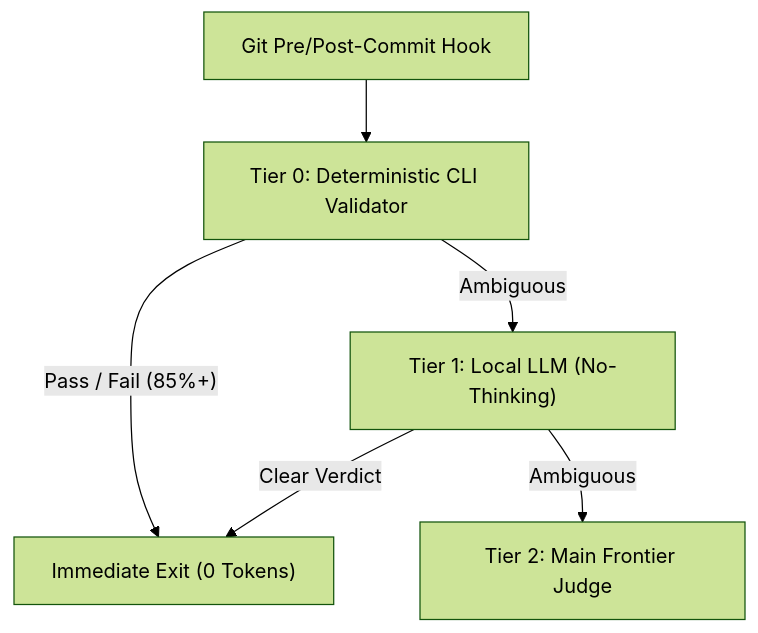
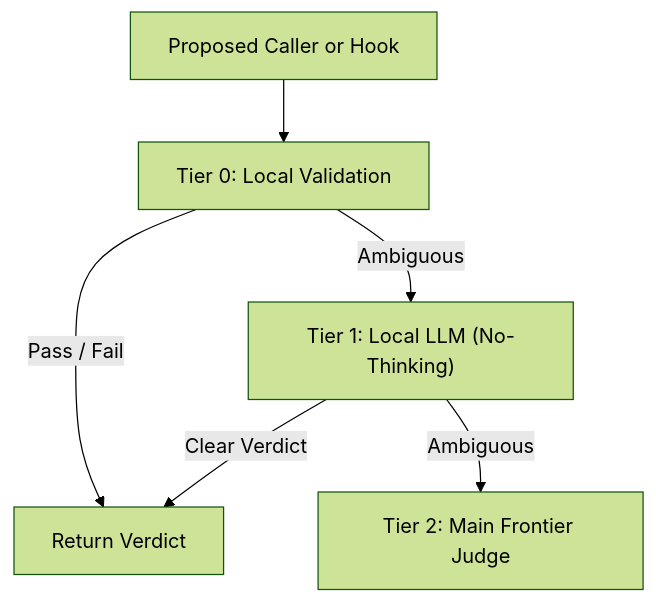
Before and after one commit to quamentalabs/patchwork-os: the diagram in docs/architecture/patchwork-os-blueprint.md, drawn with Mermaid (forest theme). The commit also changed other lines of this file and 11 other files, not shown here.

````diff
--- a/docs/architecture/patchwork-os-blueprint.md
+++ b/docs/architecture/patchwork-os-blueprint.md
@@ -22,8 +22,8 @@
 ```mermaid
 flowchart TD
-  C["Git Pre/Post-Commit Hook"] --> T0["Tier 0: Deterministic CLI Validator"]
-  T0 -->|"Pass / Fail (85%+)"| D["Immediate Exit (0 Tokens)"]
+  C["Proposed Caller or Hook"] --> T0["Tier 0: Local Validation"]
+  T0 -->|"Pass / Fail"| D["Return Verdict"]
   T0 -->|"Ambiguous"| T1["Tier 1: Local LLM (No-Thinking)"]
   T1 -->|"Clear Verdict"| D
   T1 -->|"Ambiguous"| T2["Tier 2: Main Frontier Judge"]
 ```
````
